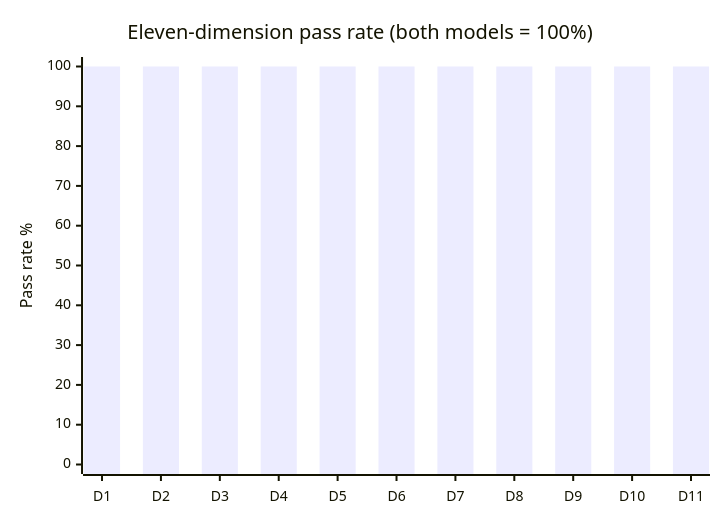
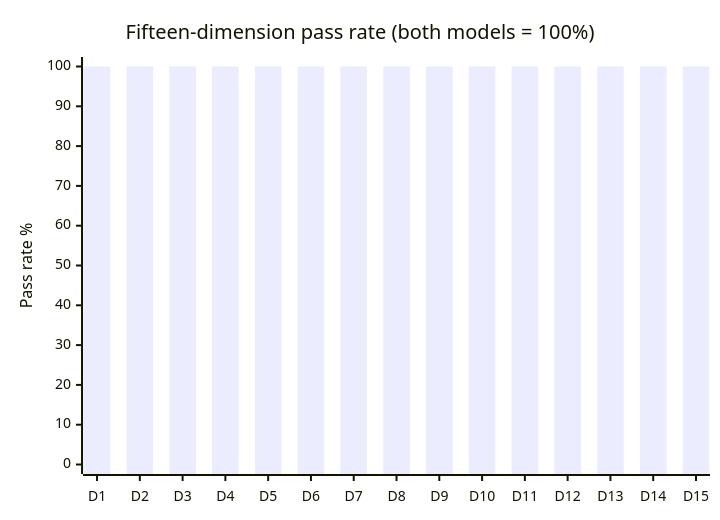
Before and after one commit to fuxicodex/Fuxi: the first of 3 diagrams in benchmark/REPORT.md, drawn with Mermaid. The commit also changed other lines of this file and 36 other files, not shown here.

````diff
--- a/benchmark/REPORT.md
+++ b/benchmark/REPORT.md
@@ -112,7 +122,7 @@
 ```mermaid
 xychart-beta
-    title "Eleven-dimension pass rate (both models = 100%)"
-    x-axis ["D1","D2","D3","D4","D5","D6","D7","D8","D9","D10","D11"]
+    title "Fifteen-dimension pass rate (both models = 100%)"
+    x-axis ["D1","D2","D3","D4","D5","D6","D7","D8","D9","D10","D11","D12","D13","D14","D15"]
     y-axis "Pass rate %" 0 --> 100
-    bar [100, 100, 100, 100, 100, 100, 100, 100, 100, 100, 100]
+    bar [100, 100, 100, 100, 100, 100, 100, 100, 100, 100, 100, 100, 100, 100, 100]
 ```
````
